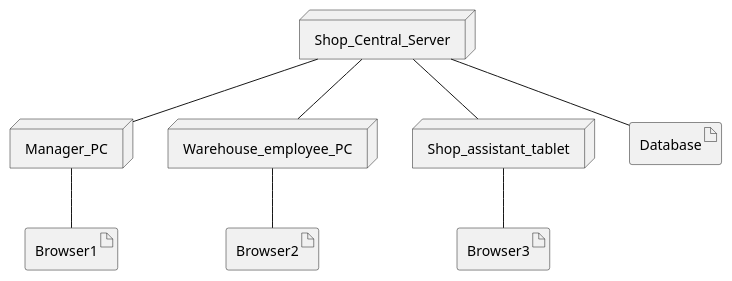
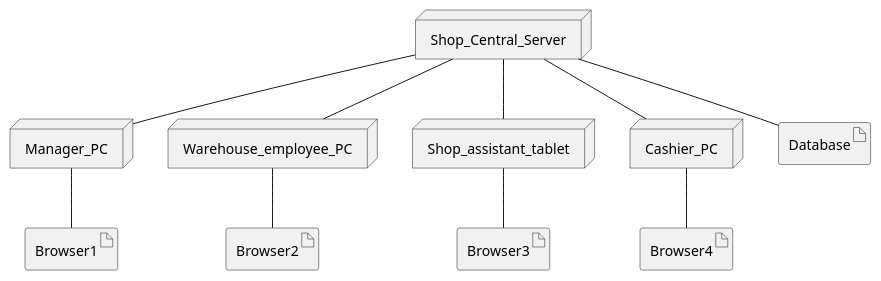
The third of 3 diagrams in Deliverables/RequirementsDocument.md (marco-ballario/EzShop), drawn with PlantUML before and after one commit.

````diff
--- a/Deliverables/RequirementsDocument.md
+++ b/Deliverables/RequirementsDocument.md
@@ -444,21 +444,25 @@
 ```plantuml
 node Manager_PC
 node Warehouse_employee_PC
 node Shop_assistant_tablet
+node Cashier_PC
 
 artifact Browser1
 artifact Browser2
 artifact Browser3
+artifact Browser4
 
 artifact Database
 node Shop_Central_Server
 
 
 Shop_Central_Server -- Manager_PC
 Shop_Central_Server -- Warehouse_employee_PC
 Shop_Central_Server -- Shop_assistant_tablet
+Shop_Central_Server -- Cashier_PC
 Manager_PC -- Browser1
 Shop_assistant_tablet -- Browser3
 Warehouse_employee_PC -- Browser2
+Cashier_PC -- Browser4
 Shop_Central_Server -- Database
 ```
````
